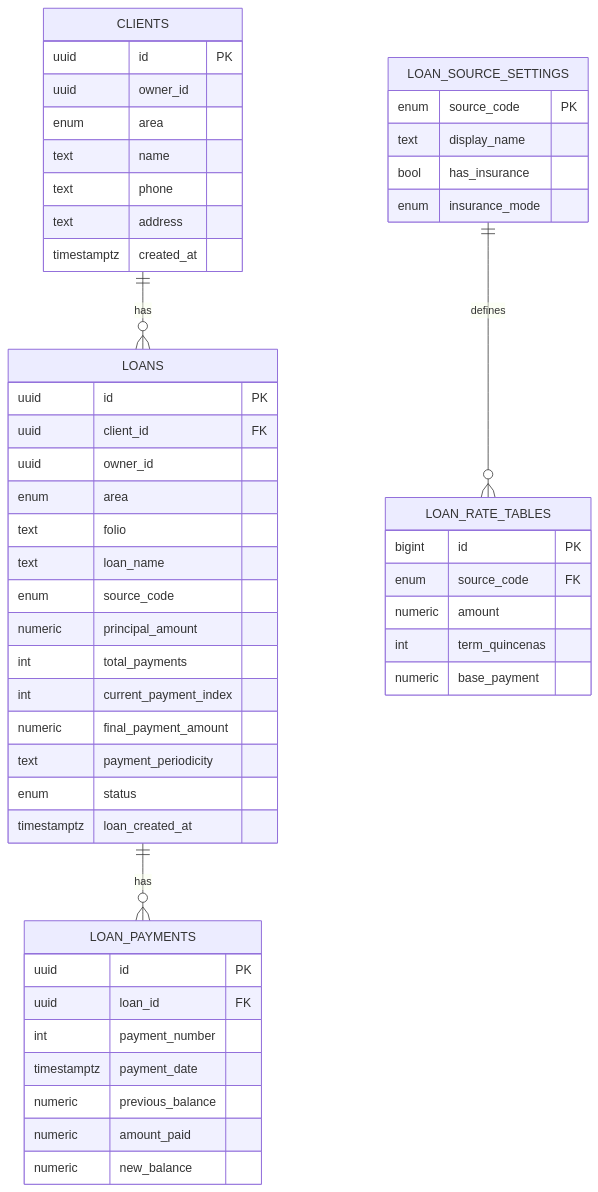
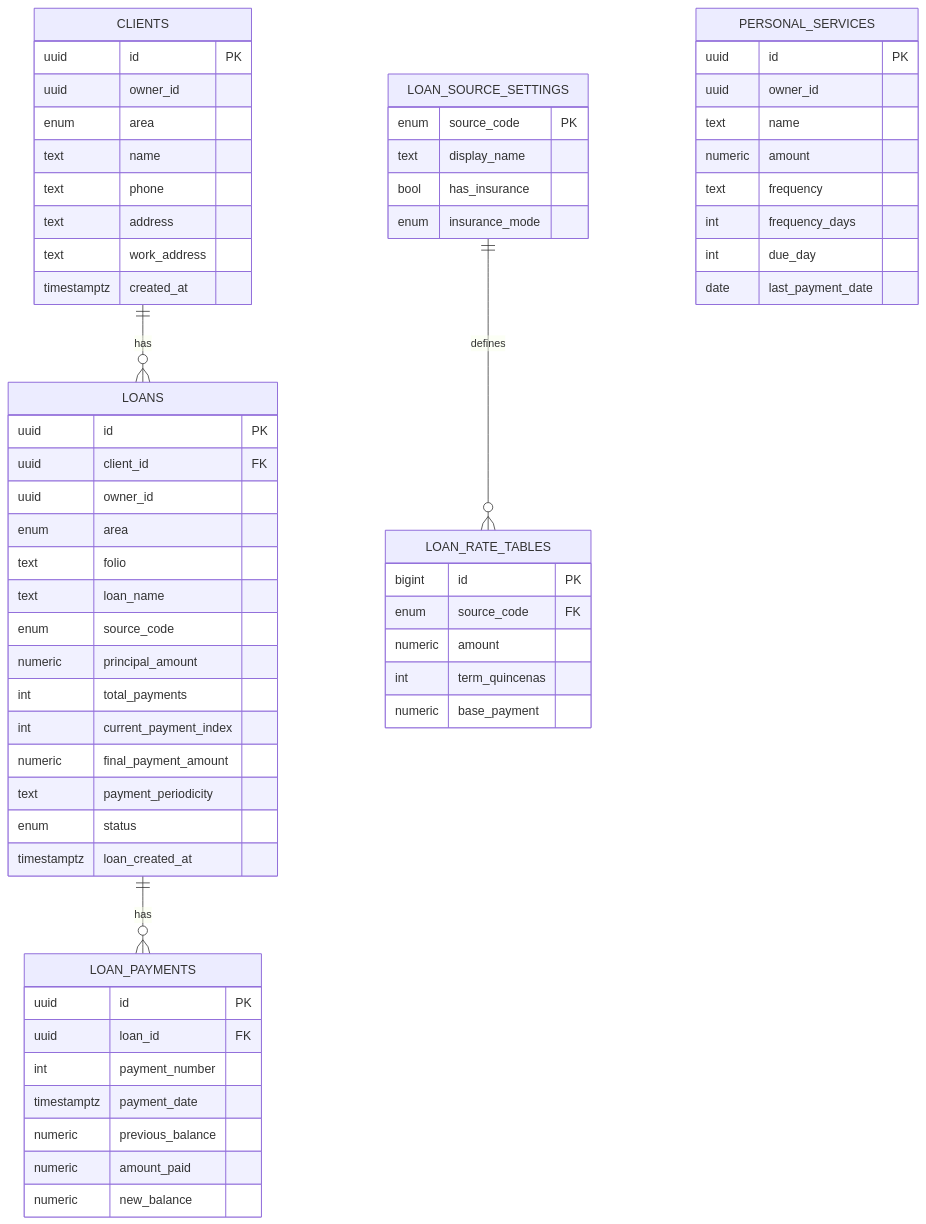
Before and after one commit to ChristianYaelC/AdminVales: the diagram in docs/especificacion-proyecto.md, drawn with Mermaid. The commit also changed other lines of this file and 13 other files, not shown here.

````diff
--- a/docs/especificacion-proyecto.md
+++ b/docs/especificacion-proyecto.md
@@ -88,58 +96,70 @@
 ```mermaid
 erDiagram
   CLIENTS ||--o{ LOANS : has
   LOANS ||--o{ LOAN_PAYMENTS : has
   LOAN_SOURCE_SETTINGS ||--o{ LOAN_RATE_TABLES : defines
 
   CLIENTS {
     uuid id PK
     uuid owner_id
     enum area
     text name
     text phone
     text address
+    text work_address
     timestamptz created_at
   }
 
   LOANS {
     uuid id PK
     uuid client_id FK
     uuid owner_id
     enum area
     text folio
      text loan_name
     enum source_code
     numeric principal_amount
     int total_payments
     int current_payment_index
     numeric final_payment_amount
      text payment_periodicity
     enum status
     timestamptz loan_created_at
   }
 
   LOAN_PAYMENTS {
     uuid id PK
     uuid loan_id FK
     int payment_number
     timestamptz payment_date
     numeric previous_balance
     numeric amount_paid
     numeric new_balance
   }
 
+  PERSONAL_SERVICES {
+    uuid id PK
+    uuid owner_id
+    text name
+    numeric amount
+    text frequency
+    int frequency_days
+    int due_day
+    date last_payment_date
+  }
+
   LOAN_SOURCE_SETTINGS {
     enum source_code PK
     text display_name
     bool has_insurance
     enum insurance_mode
   }
 
   LOAN_RATE_TABLES {
     bigint id PK
     enum source_code FK
     numeric amount
     int term_quincenas
     numeric base_payment
   }
 ```
````
